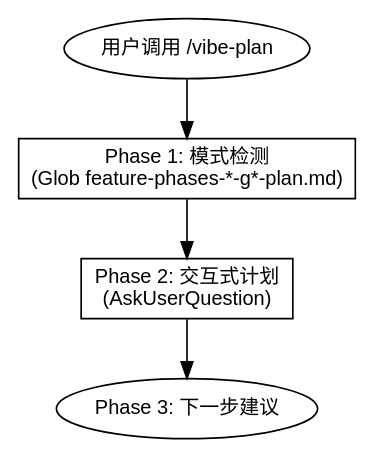
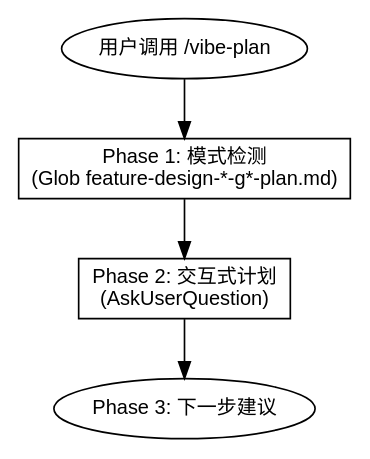
Before and after one commit to Yumoxj/vibe-ops: the first of 2 diagrams in skills-zh/vibe-plan/SKILL.md, drawn with Graphviz. The commit also changed other lines of this file and 26 other files, not shown here.

First line of the commit message:
feat: merge feature-phases into feature-design and enforce foundation checks

````diff
--- a/skills-zh/vibe-plan/SKILL.md
+++ b/skills-zh/vibe-plan/SKILL.md
@@ -22,15 +22,15 @@
 ```dot
 digraph plan_overview {
     rankdir=TB;
     node [fontname="Arial", fontsize=12];
 
     start [shape=ellipse, label="用户调用 /vibe-plan"];
-    phase1 [shape=box, label="Phase 1: 模式检测\n(Glob feature-phases-*-g*-plan.md)"];
+    phase1 [shape=box, label="Phase 1: 模式检测\n(Glob feature-design-*-g*-plan.md)"];
     phase2 [shape=box, label="Phase 2: 交互式计划\n(AskUserQuestion)"];
     phase3 [shape=ellipse, label="Phase 3: 下一步建议"];
 
     start -> phase1;
     phase1 -> phase2;
     phase2 -> phase3;
 }
 ```
````
